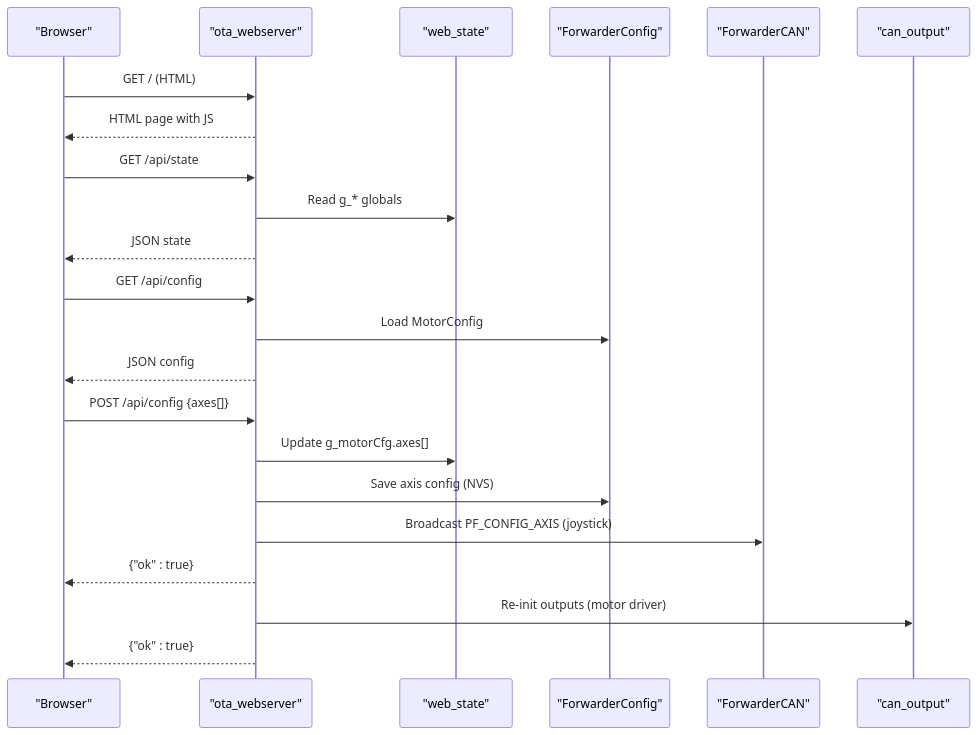
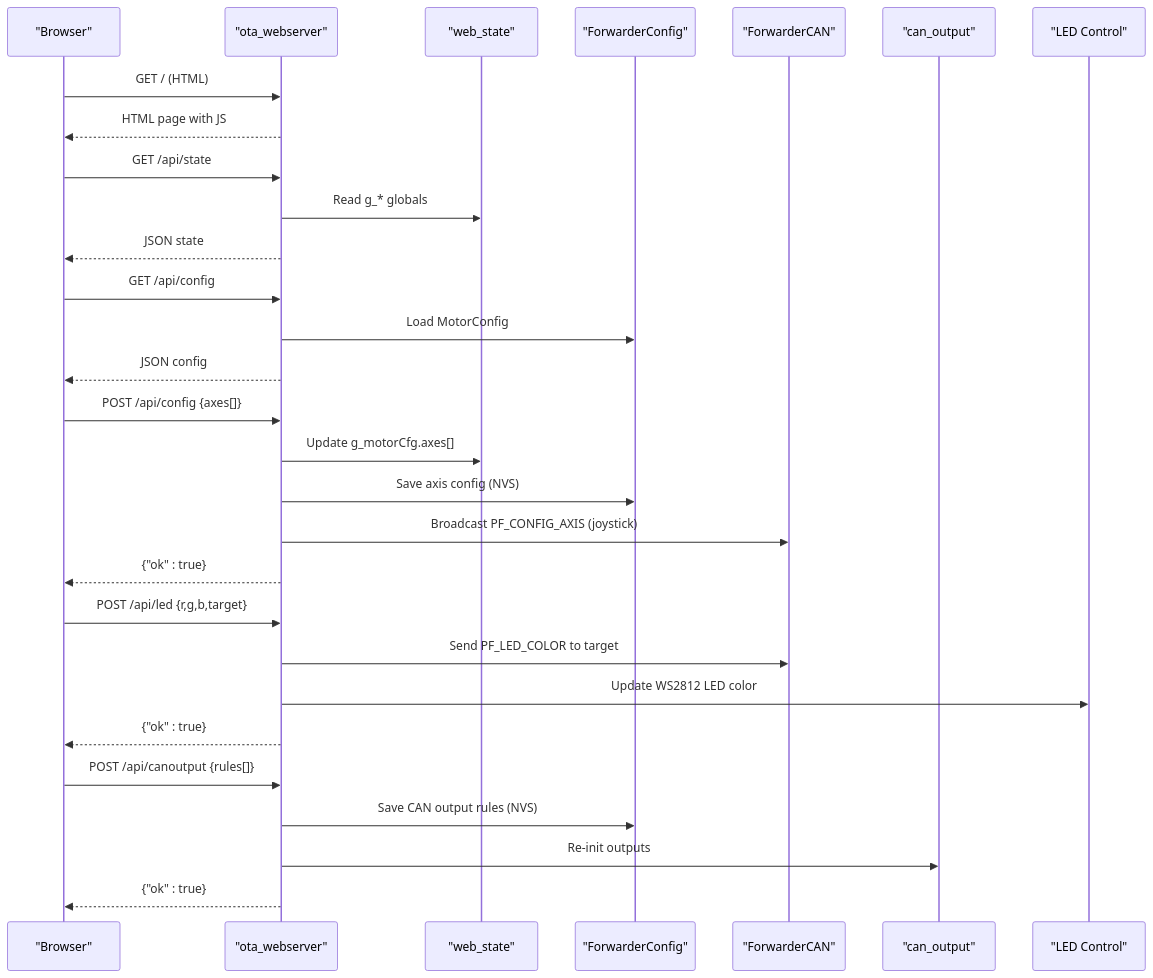
The second of 7 diagrams in .qoder/repowiki/en/content/Configuration Management/Web Interface Integration.md (gunicsba/ESP_CAN_ECU_joystick_collection), drawn with Mermaid before and after one commit. The commit also changed other lines of this file and 15 other files, not shown here.

````diff
--- a/.qoder/repowiki/en/content/Configuration Management/Web Interface Integration.md
+++ b/.qoder/repowiki/en/content/Configuration Management/Web Interface Integration.md
@@ -94,24 +114,31 @@
 ```mermaid
 sequenceDiagram
 participant Browser as "Browser"
 participant Server as "ota_webserver"
 participant State as "web_state"
 participant Config as "ForwarderConfig"
 participant CAN as "ForwarderCAN"
 participant CO as "can_output"
+participant LED as "LED Control"
 Browser->>Server : GET / (HTML)
 Server-->>Browser : HTML page with JS
 Browser->>Server : GET /api/state
 Server->>State : Read g_* globals
 Server-->>Browser : JSON state
 Browser->>Server : GET /api/config
 Server->>Config : Load MotorConfig
 Server-->>Browser : JSON config
 Browser->>Server : POST /api/config {axes[]}
 Server->>State : Update g_motorCfg.axes[]
 Server->>Config : Save axis config (NVS)
 Server->>CAN : Broadcast PF_CONFIG_AXIS (joystick)
 Server-->>Browser : {"ok" : true}
-Server->>CO : Re-init outputs (motor driver)
+Browser->>Server : POST /api/led {r,g,b,target}
+Server->>CAN : Send PF_LED_COLOR to target
+Server->>LED : Update WS2812 LED color
+Server-->>Browser : {"ok" : true}
+Browser->>Server : POST /api/canoutput {rules[]}
+Server->>Config : Save CAN output rules (NVS)
+Server->>CO : Re-init outputs
 Server-->>Browser : {"ok" : true}
 ```
````
